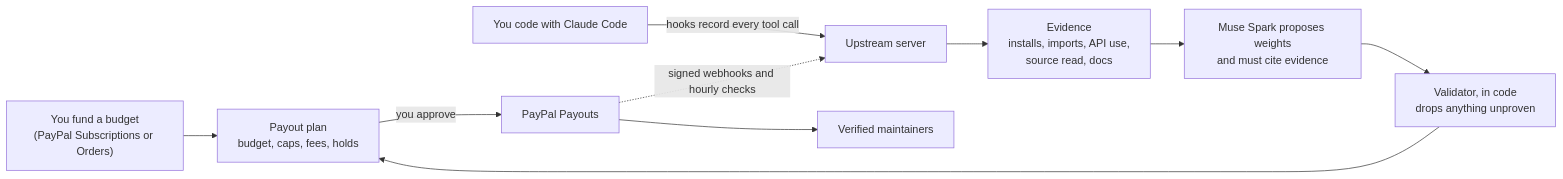
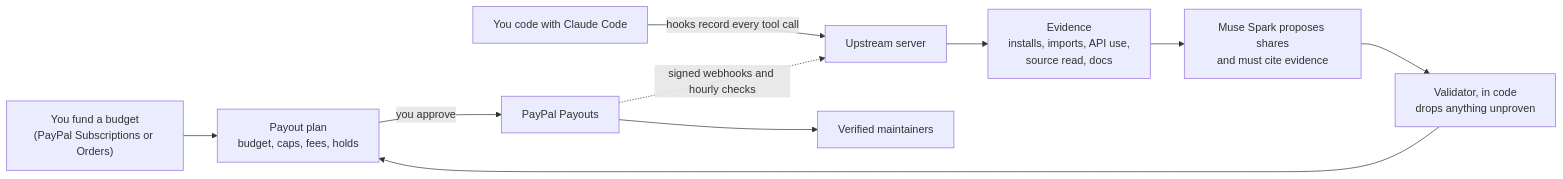
One commit to PROSTLE/Upstream changed the first of 2 diagrams in README.md. Above: the diagram before and after it, drawn with Mermaid. The commit also changed other lines of this file, not shown here.

````diff
--- a/README.md
+++ b/README.md
@@ -115,12 +64,12 @@
 ```mermaid
 flowchart LR
     F["You fund a budget<br/>(PayPal Subscriptions or Orders)"] --> S
     A["You code with Claude Code"] -->|hooks record every tool call| B["Upstream server"]
     B --> C["Evidence<br/>installs, imports, API use,<br/>source read, docs"]
-    C --> D["Muse Spark proposes weights<br/>and must cite evidence"]
+    C --> D["Muse Spark proposes shares<br/>and must cite evidence"]
     D --> E["Validator, in code<br/>drops anything unproven"]
     E --> S["Payout plan<br/>budget, caps, fees, holds"]
     S -->|you approve| P["PayPal Payouts"]
     P --> M["Verified maintainers"]
     P -.->|signed webhooks and hourly checks| B
 ```
````
